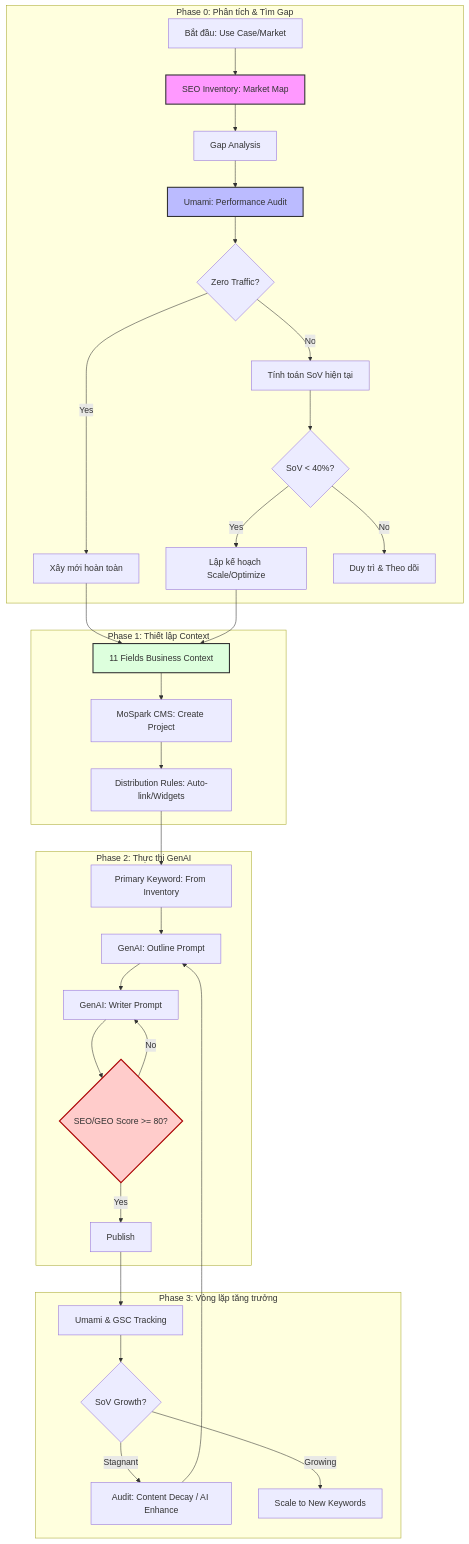
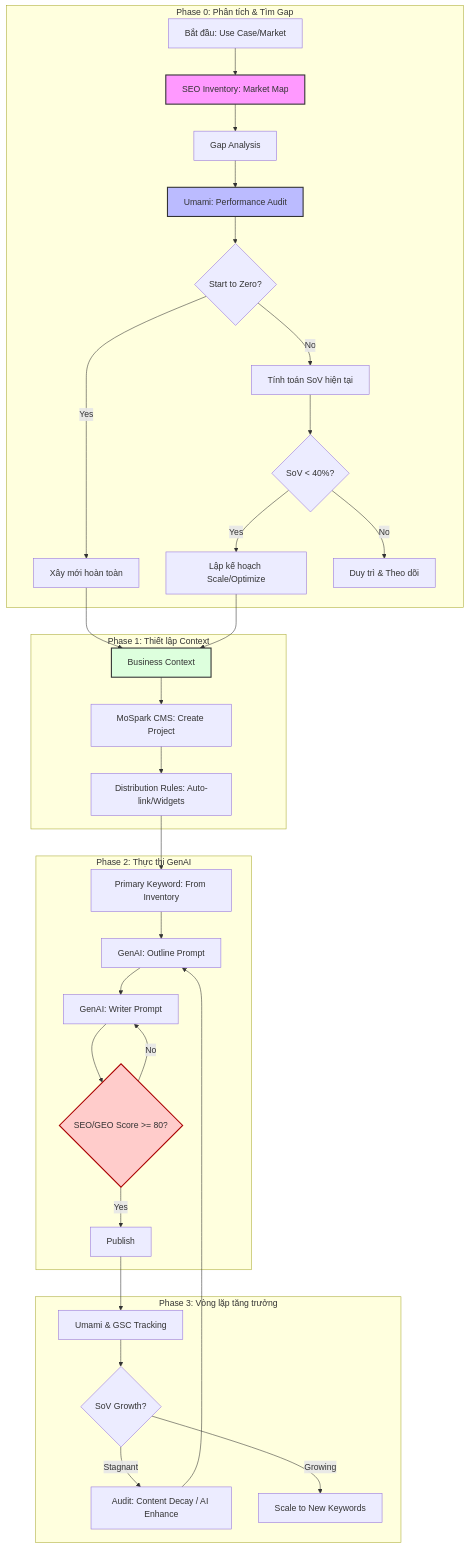
Before and after one commit to vanhien26/hienho-knowledgebase: the first of 2 diagrams in 03_MOSPARK_PLATFORM/mospark_seo_geo_playbook.md, drawn with Mermaid. The commit also changed other lines of this file and 27 other files, not shown here.

````diff
--- a/03_MOSPARK_PLATFORM/mospark_seo_geo_playbook.md
+++ b/03_MOSPARK_PLATFORM/mospark_seo_geo_playbook.md
@@ -37,43 +37,43 @@
 ```mermaid
 graph TD
     subgraph Phase_0_Analysis [Phase 0: Phân tích & Tìm Gap]
         A[Bắt đầu: Use Case/Market] --> B[SEO Inventory: Market Map]
         B --> C[Gap Analysis]
         C --> D[Umami: Performance Audit]
-        D --> E{Zero Traffic?}
+        D --> E{Start to Zero?}
         E -->|Yes| F[Xây mới hoàn toàn]
         E -->|No| G[Tính toán SoV hiện tại]
         G --> H{"SoV < 40%?"}
         H -->|Yes| I[Lập kế hoạch Scale/Optimize]
         H -->|No| J[Duy trì & Theo dõi]
     end
 
     subgraph Phase_1_Initiation [Phase 1: Thiết lập Context]
-        F --> K[11 Fields Business Context]
+        F --> K[Business Context]
         I --> K
         K --> L[MoSpark CMS: Create Project]
         L --> M[Distribution Rules: Auto-link/Widgets]
     end
 
     subgraph Phase_2_Production [Phase 2: Thực thi GenAI]
         M --> N[Primary Keyword: From Inventory]
         N --> O[GenAI: Outline Prompt]
         O --> P[GenAI: Writer Prompt]
         P --> Q{"SEO/GEO Score >= 80?"}
         Q -->|No| P
         Q -->|Yes| R[Publish]
     end
 
     subgraph Phase_3_Growth_Loop [Phase 3: Vòng lặp tăng trưởng]
         R --> S[Umami & GSC Tracking]
         S --> T{"SoV Growth?"}
         T -->|Stagnant| U[Audit: Content Decay / AI Enhance]
         U --> O
         T -->|Growing| V[Scale to New Keywords]
     end
 
     style B fill:#f9f,stroke:#333,stroke-width:2px
     style D fill:#bbf,stroke:#333,stroke-width:2px
     style K fill:#dfd,stroke:#333,stroke-width:2px
     style Q fill:#ffcccb,stroke:#a00,stroke-width:2px
 ```
````
